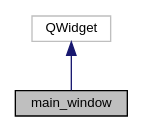
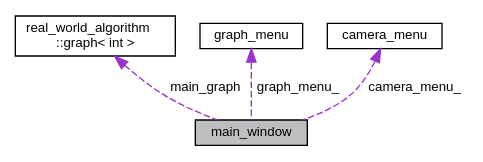
One commit to alec-chicherini/VisualAlgorithms changed the diagram in docs/classmain__window__coll__graph.dot. Above: the diagram before and after it, drawn with Graphviz. The commit also changed 204 other files, not shown here.

```diff
--- a/docs/classmain__window__coll__graph.dot
+++ b/docs/classmain__window__coll__graph.dot
@@ -1,9 +1,13 @@
 digraph "main_window"
 {
  // LATEX_PDF_SIZE
   edge [fontname="Helvetica",fontsize="10",labelfontname="Helvetica",labelfontsize="10"];
   node [fontname="Helvetica",fontsize="10",shape=record];
-  Node1 [label="main_window",height=0.2,width=0.4,color="black", fillcolor="grey75", style="filled", fontcolor="black",tooltip=" "];
-  Node2 -> Node1 [dir="back",color="midnightblue",fontsize="10",style="solid",fontname="Helvetica"];
-  Node2 [label="QWidget",height=0.2,width=0.4,color="grey75", fillcolor="white", style="filled",tooltip=" "];
+  Node1 [label="main_window",height=0.2,width=0.4,color="black", fillcolor="grey75", style="filled", fontcolor="black",tooltip="The main window of app. Holds the three big parts."];
+  Node2 -> Node1 [dir="back",color="darkorchid3",fontsize="10",style="dashed",label=" main_graph" ,fontname="Helvetica"];
+  Node2 [label="real_world_algorithm\l::graph\< int \>",height=0.2,width=0.4,color="black", fillcolor="white", style="filled",URL="$structreal__world__algorithm_1_1graph.html",tooltip=" "];
+  Node3 -> Node1 [dir="back",color="darkorchid3",fontsize="10",style="dashed",label=" graph_menu_" ,fontname="Helvetica"];
+  Node3 [label="graph_menu",height=0.2,width=0.4,color="black", fillcolor="white", style="filled",URL="$classgraph__menu.html",tooltip="graph menu class holds controls to choose and set up generation of graphs visualisation"];
+  Node4 -> Node1 [dir="back",color="darkorchid3",fontsize="10",style="dashed",label=" camera_menu_" ,fontname="Helvetica"];
+  Node4 [label="camera_menu",height=0.2,width=0.4,color="black", fillcolor="white", style="filled",URL="$classcamera__menu.html",tooltip="class holds the global camera current possition settings"];
 }
```
